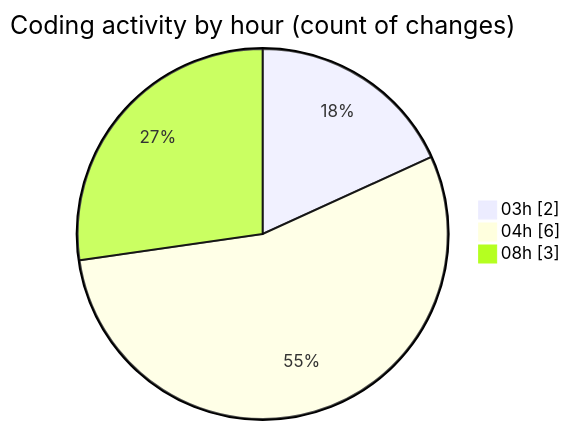
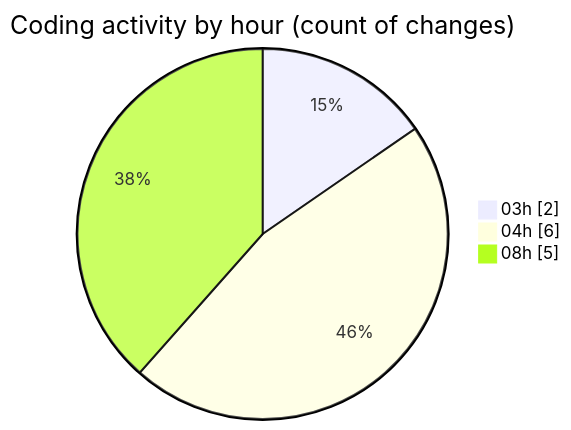
Before and after one commit to tmsrecording-cyber/code-tracking: the second of 2 diagrams in 2026-02-07/singularitybrainai/README.md, drawn with Mermaid. The commit also changed other lines of this file and 1 other file, not shown here.

````diff
--- a/2026-02-07/singularitybrainai/README.md
+++ b/2026-02-07/singularitybrainai/README.md
@@ -30,7 +31,7 @@
 ```mermaid
 pie showData
 title Coding activity by hour (count of changes)
 "03h" : 2
 "04h" : 6
-"08h" : 3
+"08h" : 5
 ```
````
